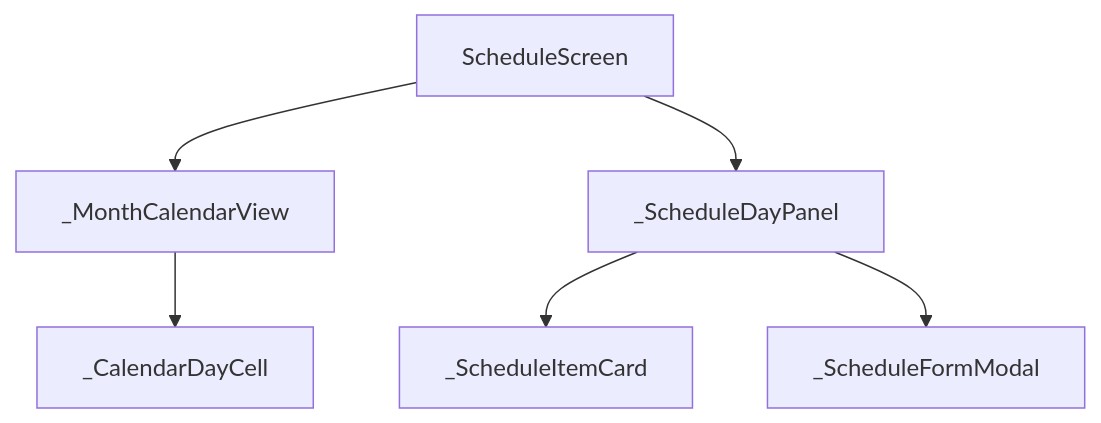
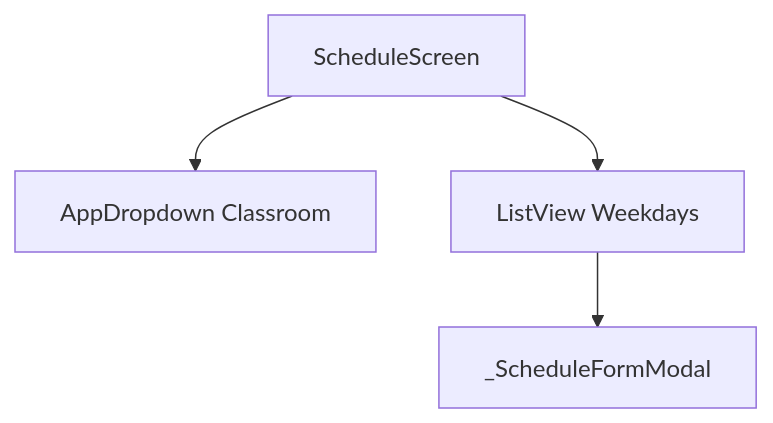
One commit to hazzma/SmartBuilding-App-V2 changed the sixth of 7 diagrams in README.md. Above: the diagram before and after it, drawn with Mermaid. The commit also changed other lines of this file, not shown here.

Commit message:
Update README.md to match codebase and new InfluxDB architecture

````diff
--- a/README.md
+++ b/README.md
@@ -169,8 +137,6 @@
 ```mermaid
 flowchart TD
-    A[ScheduleScreen] --> B[_MonthCalendarView]
-    B --> C[_CalendarDayCell]
-    A --> D[_ScheduleDayPanel]
-    D --> E[_ScheduleItemCard]
-    D --> F[_ScheduleFormModal]
+    A[ScheduleScreen] --> B[AppDropdown Classroom]
+    A --> C[ListView Weekdays]
+    C --> D[_ScheduleFormModal]
 ```
````
